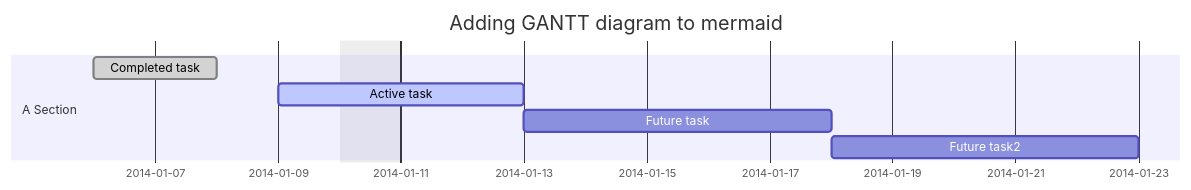
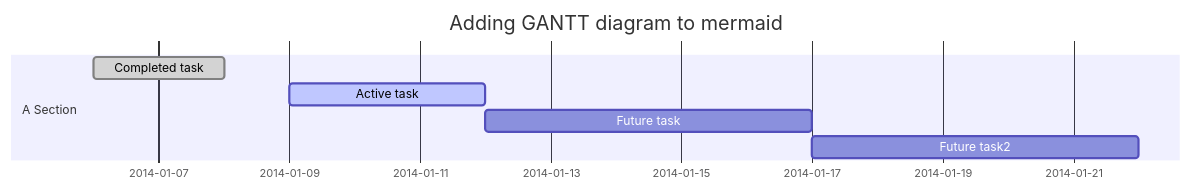
The second of 2 diagrams in modelos/README.md (FNakano/CFA), drawn with Mermaid before and after one commit.

Commit message:
tentando por o exemplo de gantt do mermaid para funcionar

````diff
--- a/modelos/README.md
+++ b/modelos/README.md
@@ -123,12 +123,10 @@
 ```mermaid
 gantt
 dateFormat  YYYY-MM-DD
 title Adding GANTT diagram to mermaid
-excludes weekdays 2014-01-10
-
 section A Section
 Completed task            :done,    des1, 2014-01-06,2014-01-08
 Active task               :active,  des2, 2014-01-09, 3d
 Future task               :         des3, after des2, 5d
 Future task2               :         des4, after des3, 5d
 ```
````
